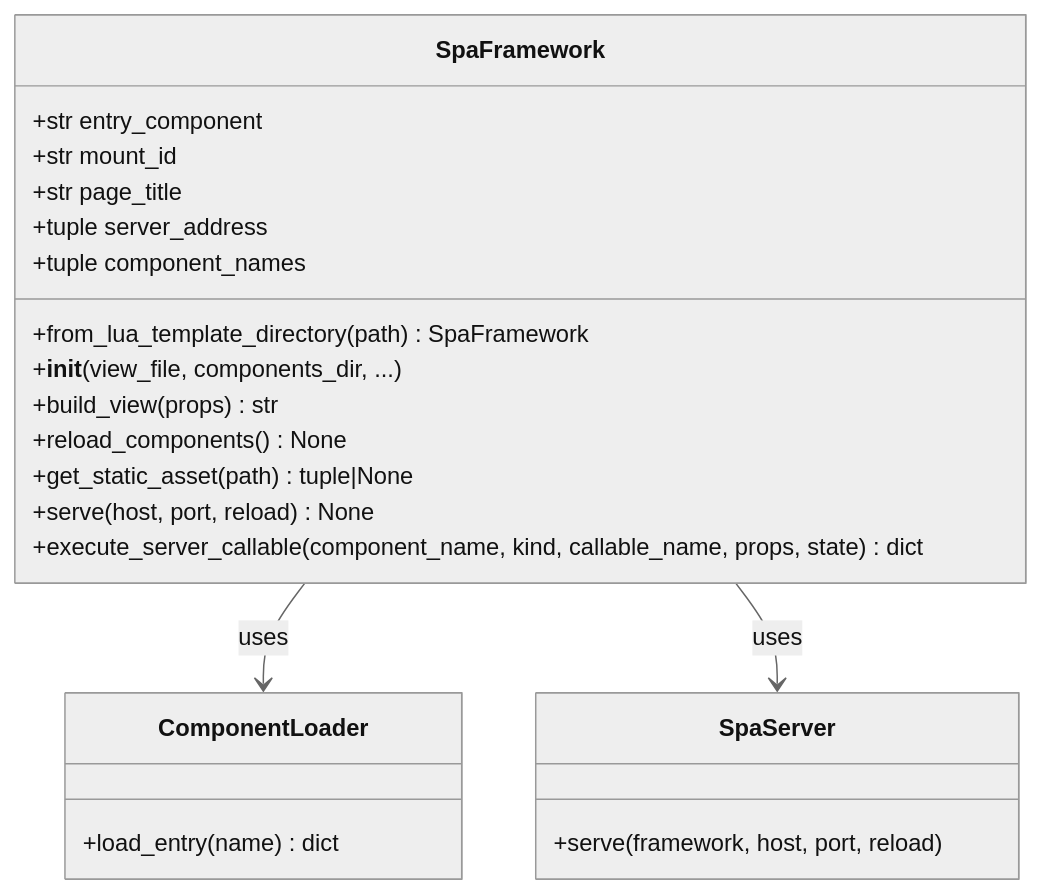
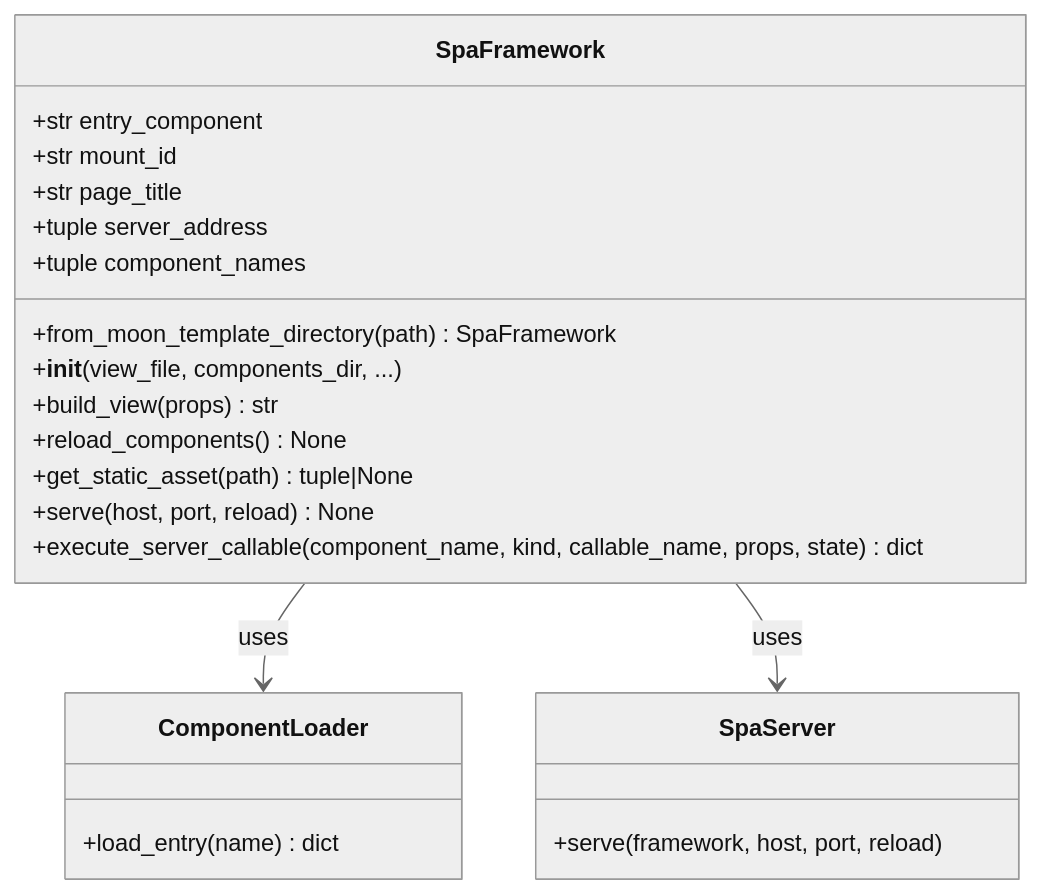
Before and after one commit to roderiano/lua-spa: the diagram in docs/docs/api/framework.md, drawn with Mermaid (neutral theme). The commit also changed other lines of this file and 90 other files, not shown here.

````diff
--- a/docs/docs/api/framework.md
+++ b/docs/docs/api/framework.md
@@ -14,29 +14,29 @@
 ```mermaid
 classDiagram
     class SpaFramework {
         +str entry_component
         +str mount_id
         +str page_title
         +tuple server_address
         +tuple component_names
 
-        +from_lua_template_directory(path) SpaFramework
+        +from_moon_template_directory(path) SpaFramework
         +__init__(view_file, components_dir, ...)
         +build_view(props) str
         +reload_components() None
         +get_static_asset(path) tuple|None
         +serve(host, port, reload) None
         +execute_server_callable(component_name, kind, callable_name, props, state) dict
     }
 
     class ComponentLoader {
         +load_entry(name) dict
     }
 
     class SpaServer {
         +serve(framework, host, port, reload)
     }
 
     SpaFramework --> ComponentLoader : uses
     SpaFramework --> SpaServer : uses
 ```
````
